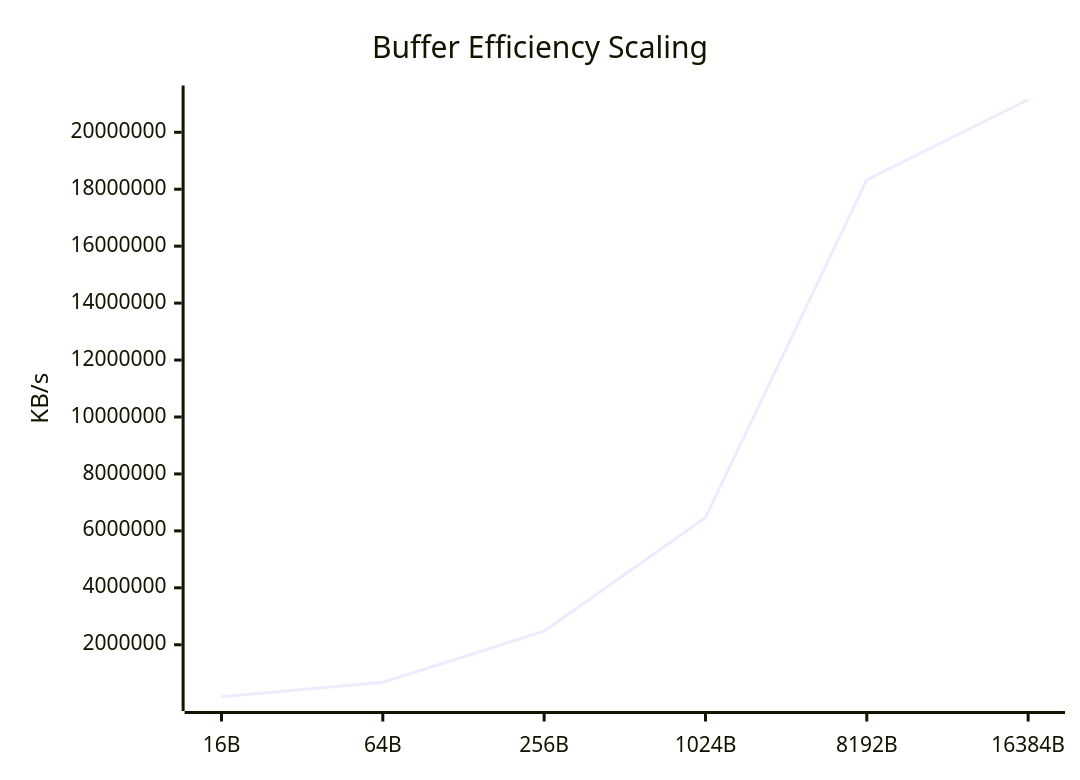
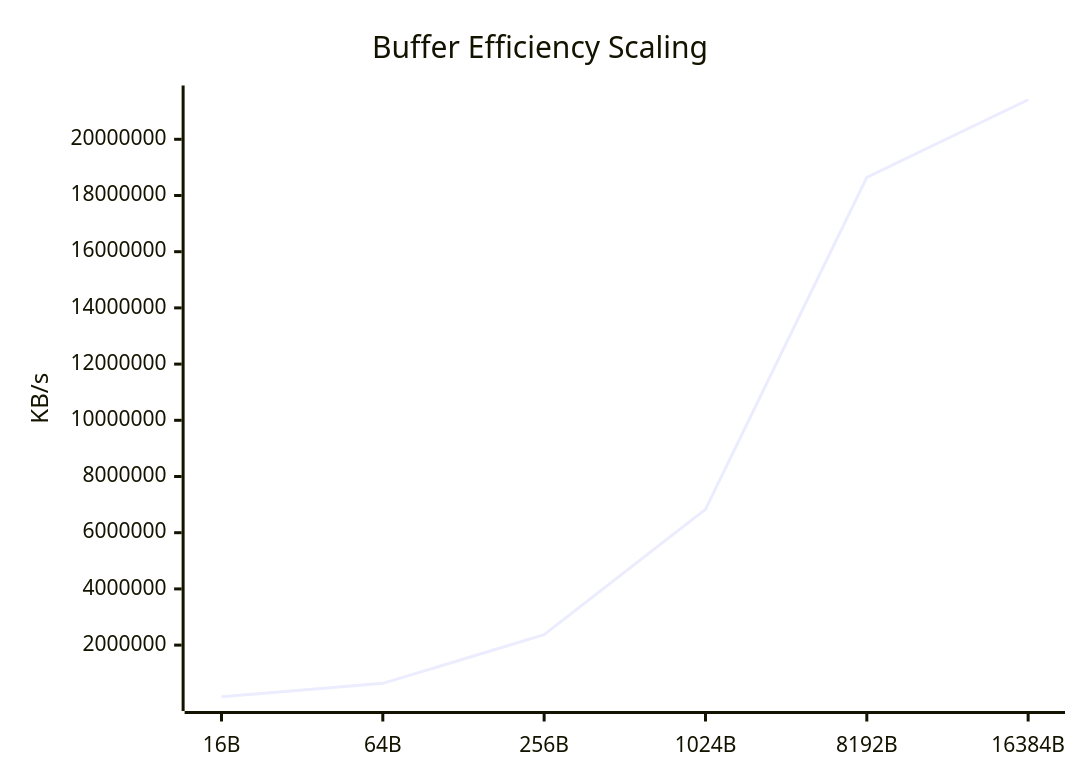
The seventh of 9 diagrams in docs/Comparison_Report.md (taha2samy/openssl_fips), drawn with Mermaid before and after one commit. The commit also changed other lines of this file and 3 other files, not shown here.

````diff
--- a/docs/Comparison_Report.md
+++ b/docs/Comparison_Report.md
@@ -110,7 +110,7 @@
 ```mermaid
 xychart-beta
     title "Buffer Efficiency Scaling"
     x-axis [16B, 64B, 256B, 1024B, 8192B, 16384B]
     y-axis "KB/s"
-    line [173640.37, 680872.03, 2473933.82, 6466639.36, 18331545.6, 21143142.4]
+    line [162590.27, 639311.94, 2370443.65, 6830735.87, 18644025.34, 21407047.68]
 ```
````
